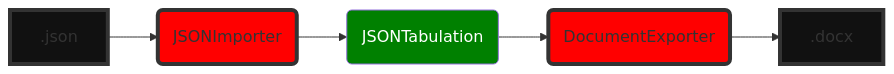
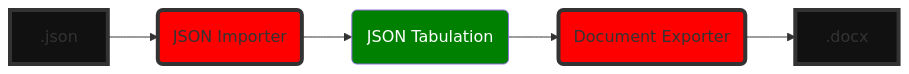
Before and after one commit to paragpathak2006/json_tables: the second of 2 diagrams in README.md, drawn with Mermaid. The commit also changed other lines of this file, not shown here.

Commit message:
Fix formatting in README.md for clarity

````diff
--- a/README.md
+++ b/README.md
@@ -25,14 +25,14 @@
 ```mermaid
 graph LR;
-    S[.json] --> A(JSONImporter)
+    S[.json] --> A(JSON Importer)
 
-    A --> B(JSONTabulation);
-    B --> C(DocumentExporter);
+    A --> B(JSON Tabulation);
+    B --> C(Document Exporter);
     C --> D[.docx];
 
     style B fill:green,color:#fff
     style A fill:red,stroke:#333,stroke-width:4px
     style C fill:red,stroke:#333,stroke-width:4px
     style S fill:#111111,stroke:#333,stroke-width:4px
     style D fill:#111111,stroke:#333,stroke-width:4px
 ```
````
